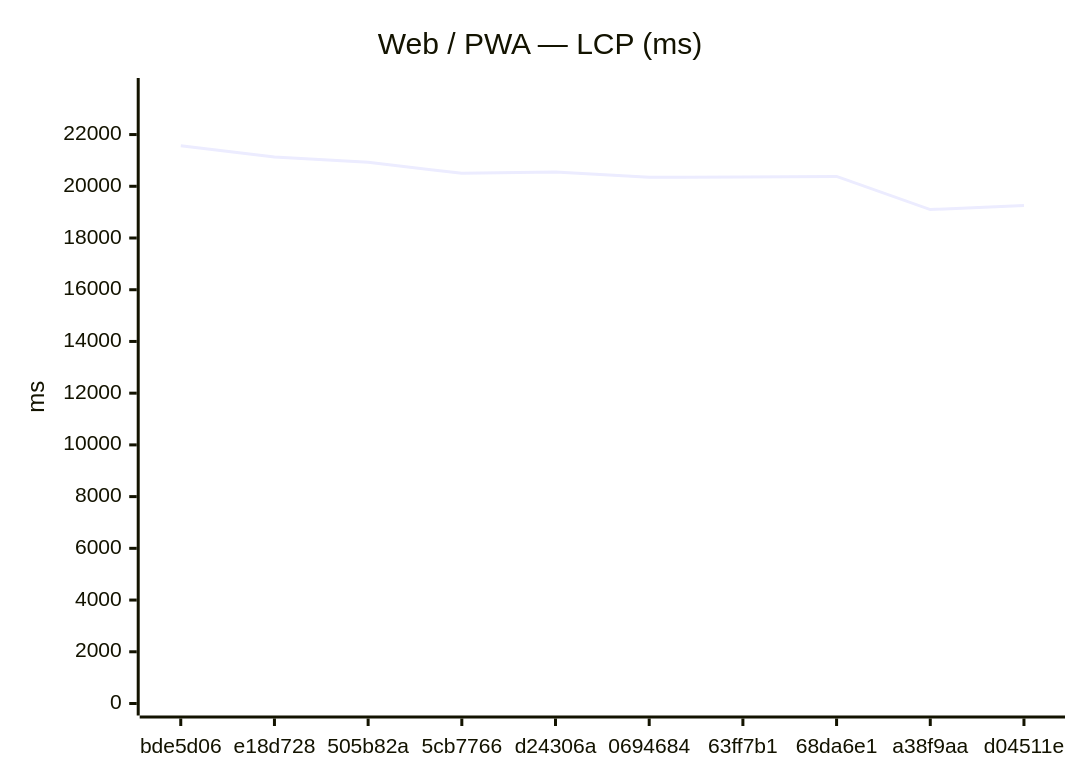
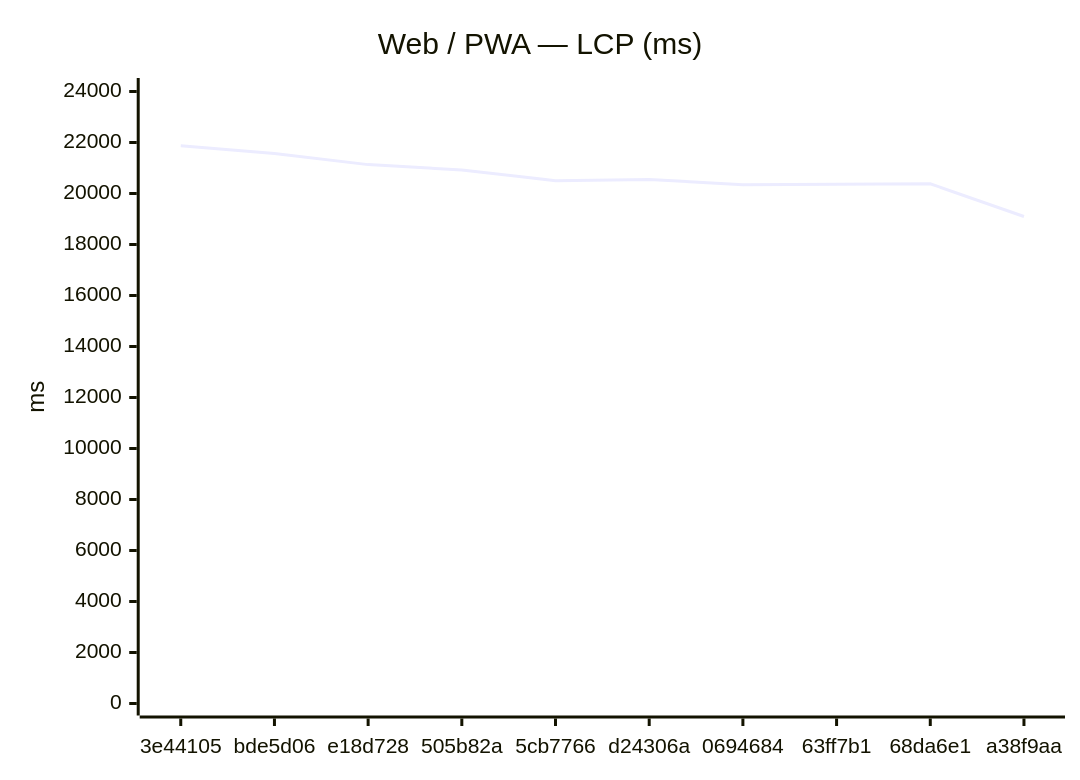
Before and after one commit to Metaheurist/Rianell: the first of 18 diagrams in benchmarks/compare.md, drawn with Mermaid. The commit also changed other lines of this file and 11 other files, not shown here.

````diff
--- a/benchmarks/compare.md
+++ b/benchmarks/compare.md
@@ -24,7 +24,7 @@
 ```mermaid
 xychart-beta
     title "Web / PWA — LCP (ms)"
-    x-axis ["bde5d06", "e18d728", "505b82a", "5cb7766", "d24306a", "0694684", "63ff7b1", "68da6e1", "a38f9aa", "d04511e"]
-    y-axis "ms" 0 --> 23723
-    line [21566, 21132, 20925, 20504, 20549, 20346, 20361, 20380, 19099, 19257]
+    x-axis ["3e44105", "bde5d06", "e18d728", "505b82a", "5cb7766", "d24306a", "0694684", "63ff7b1", "68da6e1", "a38f9aa"]
+    y-axis "ms" 0 --> 24058
+    line [21870, 21566, 21132, 20925, 20504, 20549, 20346, 20361, 20380, 19099]
 ```
````
